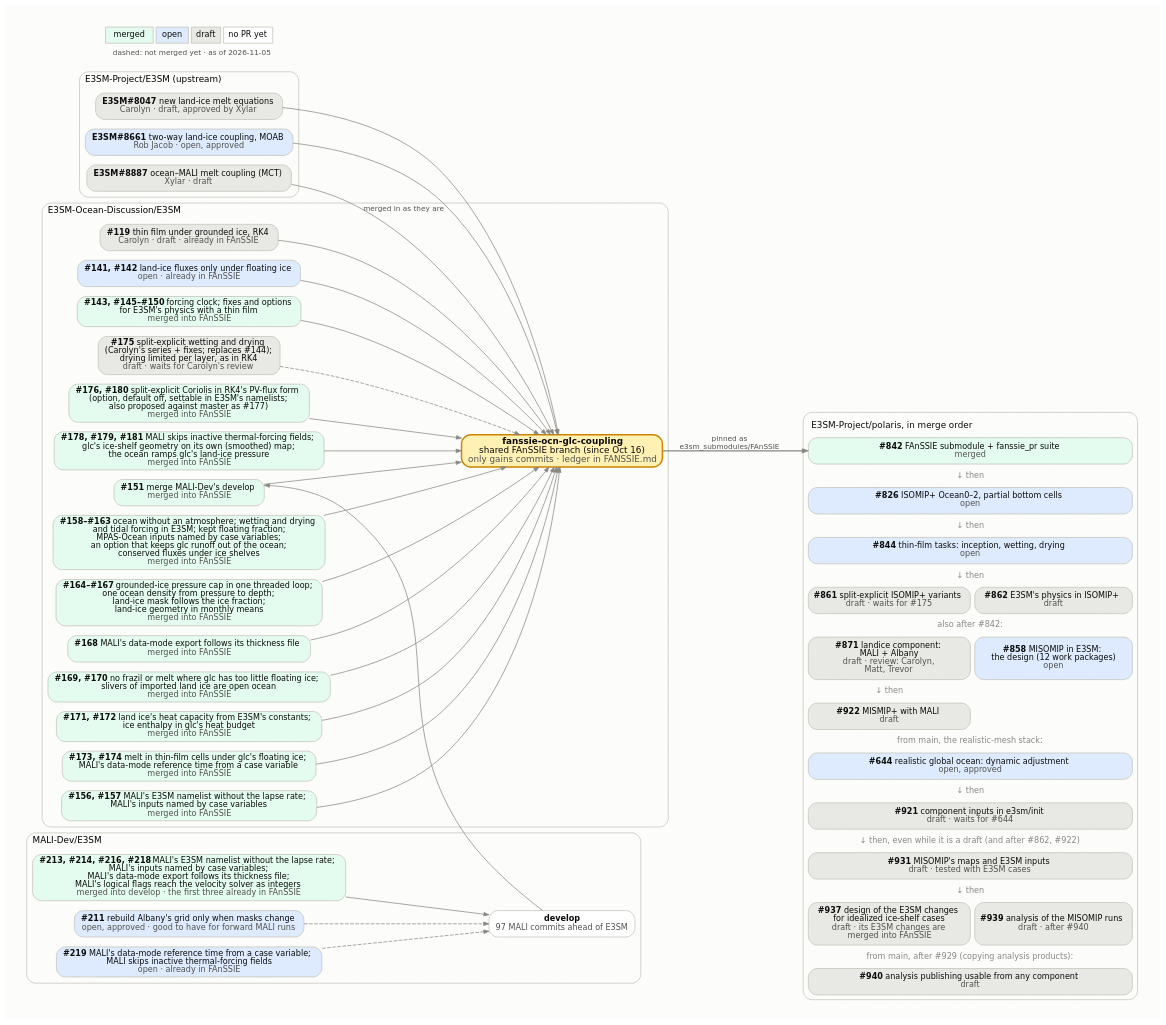
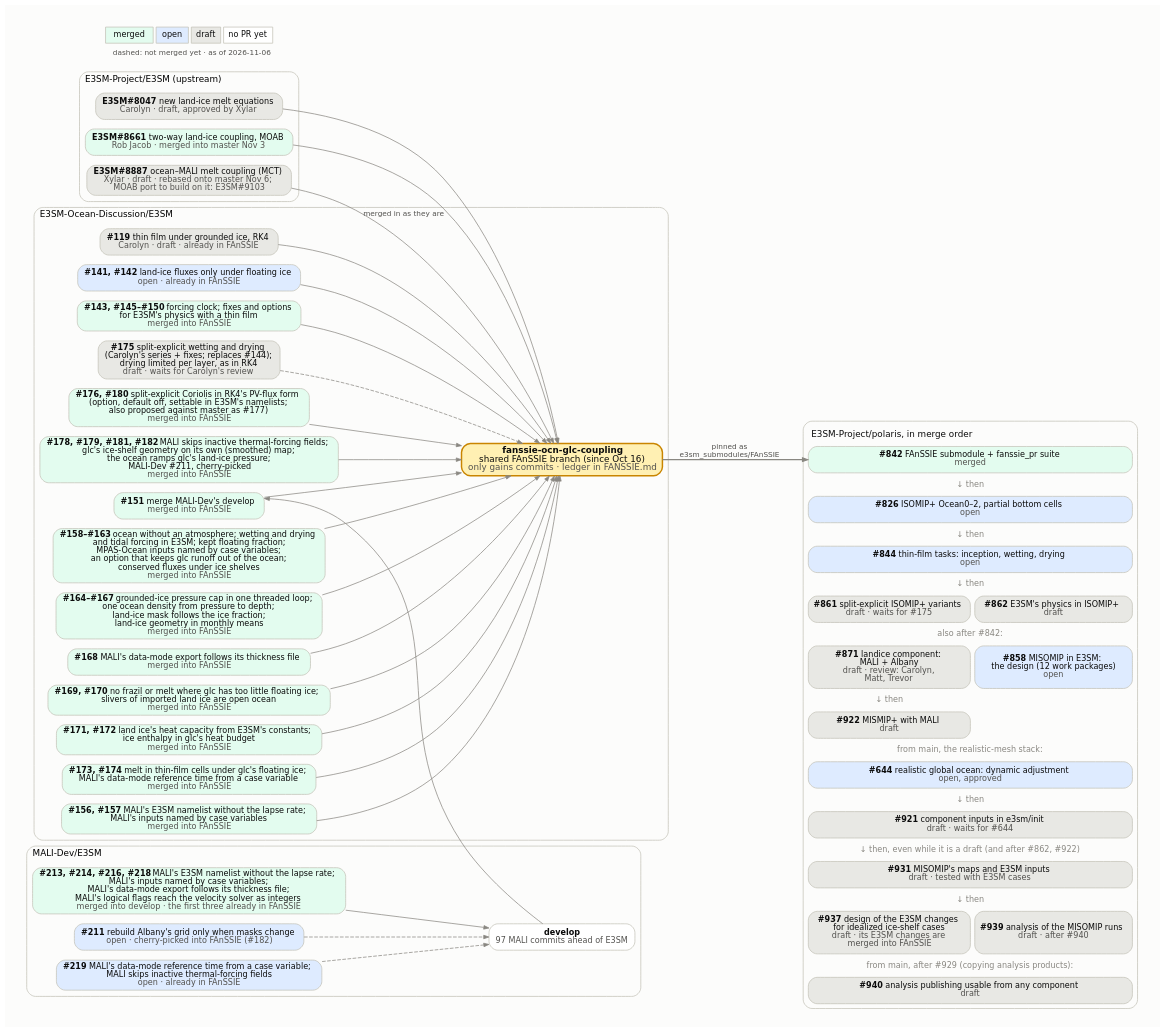
Before and after one commit to E3SM-Project/polaris: the diagram in docs/design_docs/misomip/code_flow.dot, drawn with Graphviz. The commit also changed 3 other files, not shown here.

```diff
--- a/docs/design_docs/misomip/code_flow.dot
+++ b/docs/design_docs/misomip/code_flow.dot
@@ -1,121 +1,121 @@
 // How the upstream E3SM PRs, the E3SM-Ocean-Discussion PRs, the
 // fanssie-ocn-glc-coupling branch and the Polaris PRs fit together.
 //
 // Regenerate with Graphviz 14 (Chrysalis's /usr/bin/dot 2.40 lays it out
 // wider), with the text drawn as paths so it looks the same everywhere:
 //
 //     pixi exec -s graphviz dot -Tsvg:cairo code_flow.dot -o code_flow.svg
 //
 // Fill by state: merged #e3fcef, open #deebff, draft #e8e8e4, no PR yet
 // #ffffff. Dashed edges into the FAnSSIE branch mark PRs not merged into it
 // yet. The Polaris side is one HTML-table node, in merge order, because
 // Graphviz would not keep separate boxes in that order. Update the date in
 // the legend.
 digraph fanssie {
   rankdir=LR;
   bgcolor="#fcfcfb";
   pad=0.3;
   nodesep=0.18;
   ranksep=0.7;
   fontname="DejaVu Sans";
   node [shape=box, style="rounded,filled", fontname="DejaVu Sans",
         fontsize=11, color="#c3c2b7", fontcolor="#0b0b0b", penwidth=1,
         margin="0.12,0.06"];
   edge [color="#898781", arrowsize=0.7, fontname="DejaVu Sans",
         fontsize=10, fontcolor="#52514e"];
 
   subgraph cluster_upstream {
     label="E3SM-Project/E3SM (upstream)";
     labeljust=l; fontsize=12; color="#c3c2b7"; style="rounded";
     e8047 [label=<<b>E3SM#8047</b>  new land-ice melt equations<br/><font color="#52514e">Carolyn · draft, approved by Xylar</font>>, fillcolor="#e8e8e4"];
-    e8661 [label=<<b>E3SM#8661</b>  two-way land-ice coupling, MOAB<br/><font color="#52514e">Rob Jacob · open, approved</font>>, fillcolor="#deebff"];
-    e8887 [label=<<b>E3SM#8887</b>  ocean–MALI melt coupling (MCT)<br/><font color="#52514e">Xylar · draft</font>>, fillcolor="#e8e8e4"];
+    e8661 [label=<<b>E3SM#8661</b>  two-way land-ice coupling, MOAB<br/><font color="#52514e">Rob Jacob · merged into master Nov 3</font>>, fillcolor="#e3fcef"];
+    e8887 [label=<<b>E3SM#8887</b>  ocean–MALI melt coupling (MCT)<br/><font color="#52514e">Xylar · draft · rebased onto master Nov 6;<br/>MOAB port to build on it: E3SM#9103</font>>, fillcolor="#e8e8e4"];
   }
 
   subgraph cluster_malidev {
     label="MALI-Dev/E3SM";
     labeljust=l; fontsize=12; color="#c3c2b7"; style="rounded";
     malidev [label=<<b>develop</b><br/><font color="#52514e">97 MALI commits ahead of E3SM</font>>, fillcolor="#ffffff"];
     m213 [label=<<b>#213, #214, #216, #218</b>  MALI's E3SM namelist without the lapse rate;<br/>MALI's inputs named by case variables;<br/>MALI's data-mode export follows its thickness file;<br/>MALI's logical flags reach the velocity solver as integers<br/><font color="#52514e">merged into develop · the first three already in FAnSSIE</font>>, fillcolor="#e3fcef"];
-    m211 [label=<<b>#211</b>  rebuild Albany's grid only when masks change<br/><font color="#52514e">open, approved · good to have for forward MALI runs</font>>, fillcolor="#deebff"];
+    m211 [label=<<b>#211</b>  rebuild Albany's grid only when masks change<br/><font color="#52514e">open · cherry-picked into FAnSSIE (#182)</font>>, fillcolor="#deebff"];
     m219 [label=<<b>#219</b>  MALI's data-mode reference time from a case variable;<br/>MALI skips inactive thermal-forcing fields<br/><font color="#52514e">open · already in FAnSSIE</font>>, fillcolor="#deebff"];
   }
 
   subgraph cluster_eod {
     label="E3SM-Ocean-Discussion/E3SM";
     labeljust=l; fontsize=12; color="#c3c2b7"; style="rounded";
     d119 [label=<<b>#119</b>  thin film under grounded ice, RK4<br/><font color="#52514e">Carolyn · draft · already in FAnSSIE</font>>, fillcolor="#e8e8e4"];
     d141 [label=<<b>#141, #142</b>  land-ice fluxes only under floating ice<br/><font color="#52514e">open · already in FAnSSIE</font>>, fillcolor="#deebff"];
     d143 [label=<<b>#143, #145–#150</b>  forcing clock; fixes and options<br/>for E3SM's physics with a thin film<br/><font color="#52514e">merged into FAnSSIE</font>>, fillcolor="#e3fcef"];
     d175 [label=<<b>#175</b>  split-explicit wetting and drying<br/>(Carolyn's series + fixes; replaces #144);<br/>drying limited per layer, as in RK4<br/><font color="#52514e">draft · waits for Carolyn's review</font>>, fillcolor="#e8e8e4"];
     d176 [label=<<b>#176, #180</b>  split-explicit Coriolis in RK4's PV-flux form<br/>(option, default off, settable in E3SM's namelists;<br/>also proposed against master as #177)<br/><font color="#52514e">merged into FAnSSIE</font>>, fillcolor="#e3fcef"];
-    d178 [label=<<b>#178, #179, #181</b>  MALI skips inactive thermal-forcing fields;<br/>glc's ice-shelf geometry on its own (smoothed) map;<br/>the ocean ramps glc's land-ice pressure<br/><font color="#52514e">merged into FAnSSIE</font>>, fillcolor="#e3fcef"];
+    d178 [label=<<b>#178, #179, #181, #182</b>  MALI skips inactive thermal-forcing fields;<br/>glc's ice-shelf geometry on its own (smoothed) map;<br/>the ocean ramps glc's land-ice pressure;<br/>MALI-Dev #211, cherry-picked<br/><font color="#52514e">merged into FAnSSIE</font>>, fillcolor="#e3fcef"];
     d151 [label=<<b>#151</b>  merge MALI-Dev's develop<br/><font color="#52514e">merged into FAnSSIE</font>>, fillcolor="#e3fcef"];
     d158 [label=<<b>#158–#163</b>  ocean without an atmosphere; wetting and drying<br/>and tidal forcing in E3SM; kept floating fraction;<br/>MPAS-Ocean inputs named by case variables;<br/>an option that keeps glc runoff out of the ocean;<br/>conserved fluxes under ice shelves<br/><font color="#52514e">merged into FAnSSIE</font>>, fillcolor="#e3fcef"];
     d164 [label=<<b>#164–#167</b>  grounded-ice pressure cap in one threaded loop;<br/>one ocean density from pressure to depth;<br/>land-ice mask follows the ice fraction;<br/>land-ice geometry in monthly means<br/><font color="#52514e">merged into FAnSSIE</font>>, fillcolor="#e3fcef"];
     d168 [label=<<b>#168</b>  MALI's data-mode export follows its thickness file<br/><font color="#52514e">merged into FAnSSIE</font>>, fillcolor="#e3fcef"];
     d169 [label=<<b>#169, #170</b>  no frazil or melt where glc has too little floating ice;<br/>slivers of imported land ice are open ocean<br/><font color="#52514e">merged into FAnSSIE</font>>, fillcolor="#e3fcef"];
     d171 [label=<<b>#171, #172</b>  land ice's heat capacity from E3SM's constants;<br/>ice enthalpy in glc's heat budget<br/><font color="#52514e">merged into FAnSSIE</font>>, fillcolor="#e3fcef"];
     d173 [label=<<b>#173, #174</b>  melt in thin-film cells under glc's floating ice;<br/>MALI's data-mode reference time from a case variable<br/><font color="#52514e">merged into FAnSSIE</font>>, fillcolor="#e3fcef"];
     d156 [label=<<b>#156, #157</b>  MALI's E3SM namelist without the lapse rate;<br/>MALI's inputs named by case variables<br/><font color="#52514e">merged into FAnSSIE</font>>, fillcolor="#e3fcef"];
     fanssie [label=<<b>fanssie-ocn-glc-coupling</b><br/>shared FAnSSIE branch (since Oct 16)<br/><font color="#52514e">only gains commits · ledger in FANSSIE.md</font>>,
              fillcolor="#fff0b3", penwidth=2, color="#c98500", fontsize=12];
   }
 
   polaris [shape=plaintext, style="", label=<
     <table border="1" color="#c3c2b7" style="rounded" cellborder="1" cellspacing="6" cellpadding="4" bgcolor="#fcfcfb">
       <tr><td border="0" colspan="2" align="left"><font point-size="12">E3SM-Project/polaris, in merge order</font></td></tr>
       <tr><td port="p842" bgcolor="#e3fcef" colspan="2" style="rounded" cellpadding="6"><b>#842</b>  FAnSSIE submodule + fanssie_pr suite<br/><font color="#52514e">merged</font></td></tr>
       <tr><td border="0" colspan="2"><font color="#898781">↓ then</font></td></tr>
       <tr><td port="p826" bgcolor="#deebff" colspan="2" style="rounded" cellpadding="6"><b>#826</b>  ISOMIP+ Ocean0–2, partial bottom cells<br/><font color="#52514e">open</font></td></tr>
       <tr><td border="0" colspan="2"><font color="#898781">↓ then</font></td></tr>
       <tr><td port="p844" bgcolor="#deebff" colspan="2" style="rounded" cellpadding="6"><b>#844</b>  thin-film tasks: inception, wetting, drying<br/><font color="#52514e">open</font></td></tr>
       <tr><td border="0" colspan="2"><font color="#898781">↓ then</font></td></tr>
       <tr><td port="p861" bgcolor="#e8e8e4" colspan="1" style="rounded" cellpadding="6"><b>#861</b>  split-explicit ISOMIP+ variants<br/><font color="#52514e">draft · waits for #175</font></td><td port="p862" bgcolor="#e8e8e4" colspan="1" style="rounded" cellpadding="6"><b>#862</b>  E3SM's physics in ISOMIP+<br/><font color="#52514e">draft</font></td></tr>
       <tr><td border="0" colspan="2"><font color="#898781">also after #842:</font></td></tr>
       <tr><td port="p871" bgcolor="#e8e8e4" colspan="1" style="rounded" cellpadding="6"><b>#871</b>  landice component:<br/>MALI + Albany<br/><font color="#52514e">draft · review: Carolyn,<br/>Matt, Trevor</font></td><td port="p858" bgcolor="#deebff" colspan="1" style="rounded" cellpadding="6"><b>#858</b>  MISOMIP in E3SM:<br/>the design (12 work packages)<br/><font color="#52514e">open</font></td></tr>
       <tr><td border="0" colspan="1"><font color="#898781">↓ then</font></td><td border="0" colspan="1"></td></tr>
       <tr><td port="p922" bgcolor="#e8e8e4" colspan="1" style="rounded" cellpadding="6"><b>#922</b>  MISMIP+ with MALI<br/><font color="#52514e">draft</font></td><td border="0" colspan="1"></td></tr>
       <tr><td border="0" colspan="2"><font color="#898781">from main, the realistic-mesh stack:</font></td></tr>
       <tr><td port="p644" bgcolor="#deebff" colspan="2" style="rounded" cellpadding="6"><b>#644</b>  realistic global ocean: dynamic adjustment<br/><font color="#52514e">open, approved</font></td></tr>
       <tr><td border="0" colspan="2"><font color="#898781">↓ then</font></td></tr>
       <tr><td port="p921" bgcolor="#e8e8e4" colspan="2" style="rounded" cellpadding="6"><b>#921</b>  component inputs in e3sm/init<br/><font color="#52514e">draft · waits for #644</font></td></tr>
       <tr><td border="0" colspan="2"><font color="#898781">↓ then, even while it is a draft (and after #862, #922)</font></td></tr>
       <tr><td port="pwp56" bgcolor="#e8e8e4" colspan="2" style="rounded" cellpadding="6"><b>#931</b>  MISOMIP's maps and E3SM inputs<br/><font color="#52514e">draft · tested with E3SM cases</font></td></tr>
       <tr><td border="0" colspan="2"><font color="#898781">↓ then</font></td></tr>
       <tr><td port="pwp7" bgcolor="#e8e8e4" colspan="1" style="rounded" cellpadding="6"><b>#937</b>  design of the E3SM changes<br/>for idealized ice-shelf cases<br/><font color="#52514e">draft · its E3SM changes are<br/>merged into FAnSSIE</font></td><td port="pwp9" bgcolor="#e8e8e4" colspan="1" style="rounded" cellpadding="6"><b>#939</b>  analysis of the MISOMIP runs<br/><font color="#52514e">draft · after #940</font></td></tr>
       <tr><td border="0" colspan="2"><font color="#898781">from main, after #929 (copying analysis products):</font></td></tr>
       <tr><td port="p940" bgcolor="#e8e8e4" colspan="2" style="rounded" cellpadding="6"><b>#940</b>  analysis publishing usable from any component<br/><font color="#52514e">draft</font></td></tr>
     </table>>];
 
   e8047 -> fanssie;
   e8661 -> fanssie;
   e8887 -> fanssie [label="merged in as they are"];
   d119 -> fanssie;
   d141 -> fanssie;
   d143 -> fanssie;
   d175 -> fanssie [style=dashed];
   m211 -> malidev [style=dashed];
   m213 -> malidev;
   m219 -> malidev [style=dashed];
   d156 -> fanssie;
   d158 -> fanssie;
   d164 -> fanssie;
   d168 -> fanssie;
   d169 -> fanssie;
   d171 -> fanssie;
   d173 -> fanssie;
   d176 -> fanssie;
   d178 -> fanssie;
   malidev -> d151 [constraint=false];
   d151 -> fanssie;
 
   fanssie -> polaris:p842 [label="pinned as
 e3sm_submodules/FAnSSIE", penwidth=1.5];
 
   legend [shape=plaintext, style="", label=<
     <table border="0" cellborder="1" cellspacing="4" cellpadding="4" color="#c3c2b7">
       <tr><td bgcolor="#e3fcef">merged</td><td bgcolor="#deebff">open</td><td bgcolor="#e8e8e4">draft</td><td bgcolor="#ffffff">no PR yet</td></tr>
-      <tr><td colspan="4" border="0"><font point-size="10" color="#52514e">dashed: not merged yet · as of 2026-11-05</font></td></tr>
+      <tr><td colspan="4" border="0"><font point-size="10" color="#52514e">dashed: not merged yet · as of 2026-11-06</font></td></tr>
     </table>>];
 }
```
